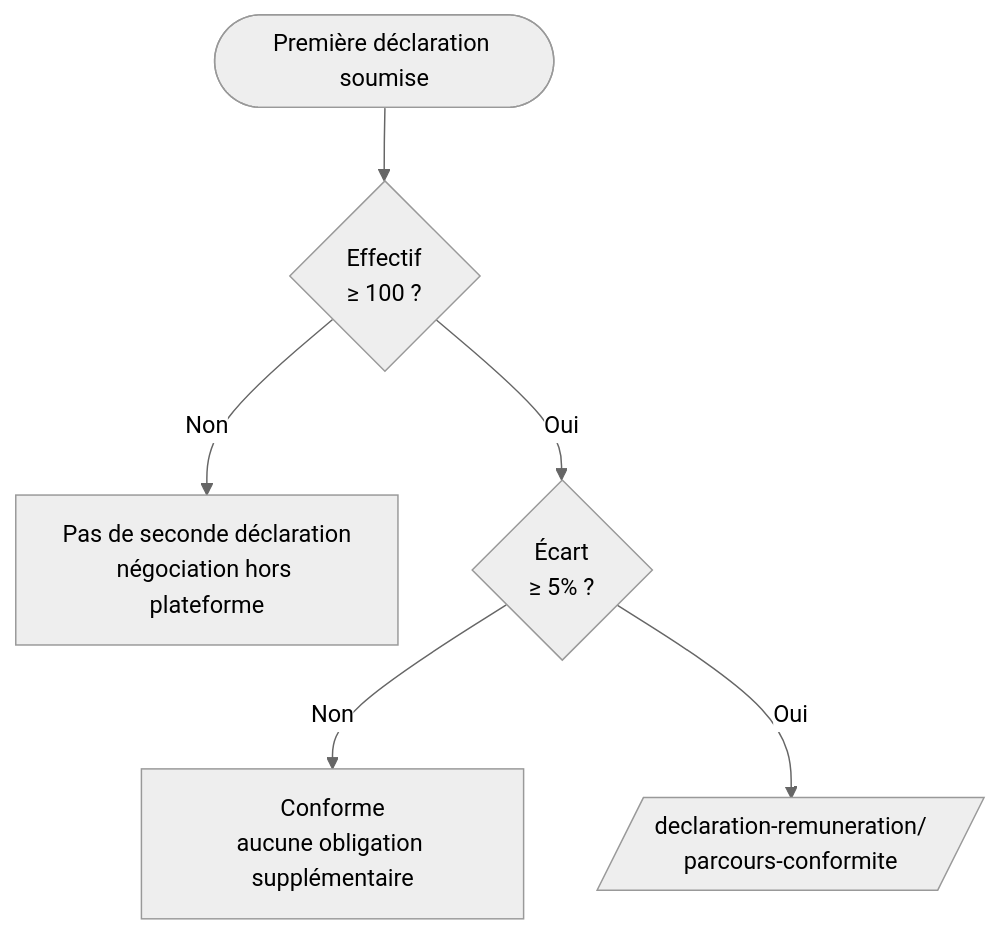
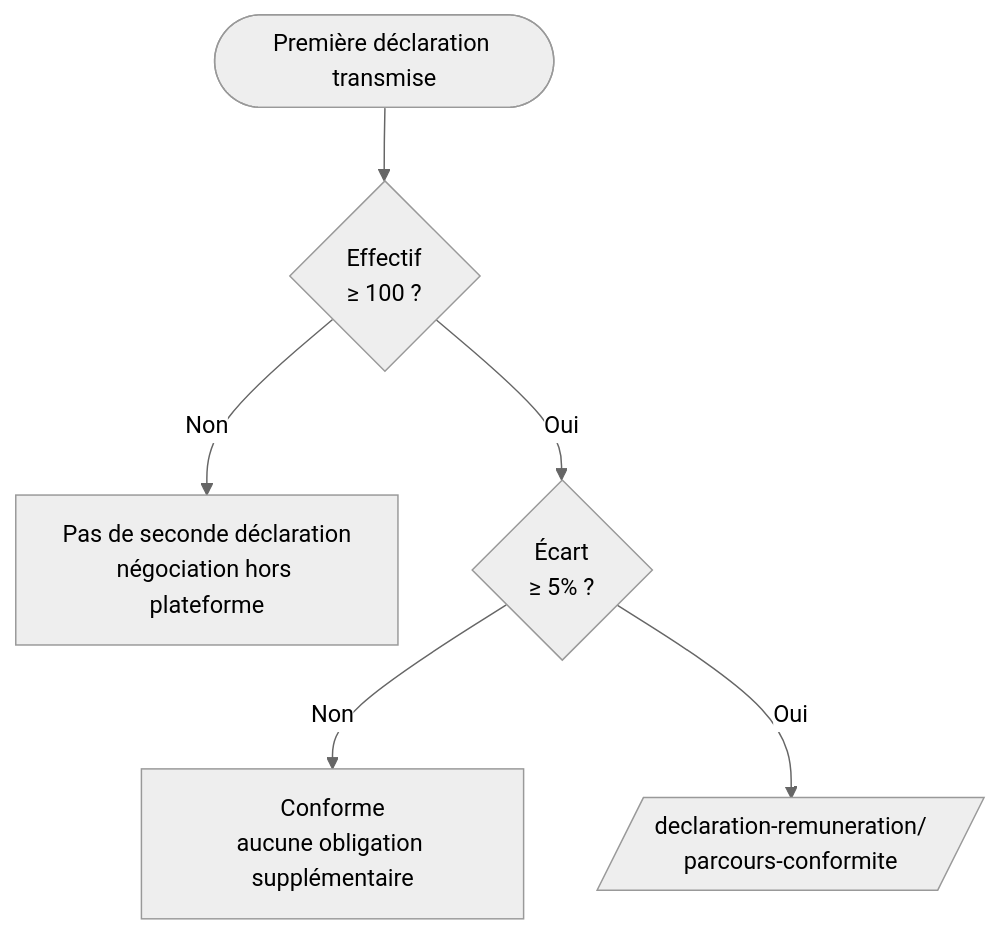
The sixth of 12 diagrams in docs/parcours-utilisateurs.md (SocialGouv/egapro), drawn with Mermaid (neutral theme) before and after one commit. The commit also changed other lines of this file and 52 other files, not shown here.

````diff
--- a/docs/parcours-utilisateurs.md
+++ b/docs/parcours-utilisateurs.md
@@ -283,8 +283,8 @@
 ```mermaid
 flowchart TD
-    Start([Première déclaration soumise]) --> Workforce{Effectif<br/>≥ 100 ?}
+    Start([Première déclaration transmise]) --> Workforce{Effectif<br/>≥ 100 ?}
     Workforce -->|Non| Stop1[Pas de seconde déclaration<br/>négociation hors plateforme]
     Workforce -->|Oui| Gap{Écart<br/>≥ 5% ?}
     Gap -->|Non| Stop2[Conforme<br/>aucune obligation supplémentaire]
     Gap -->|Oui| Path[/declaration-remuneration/<br/>parcours-conformite/]
 ```
````
